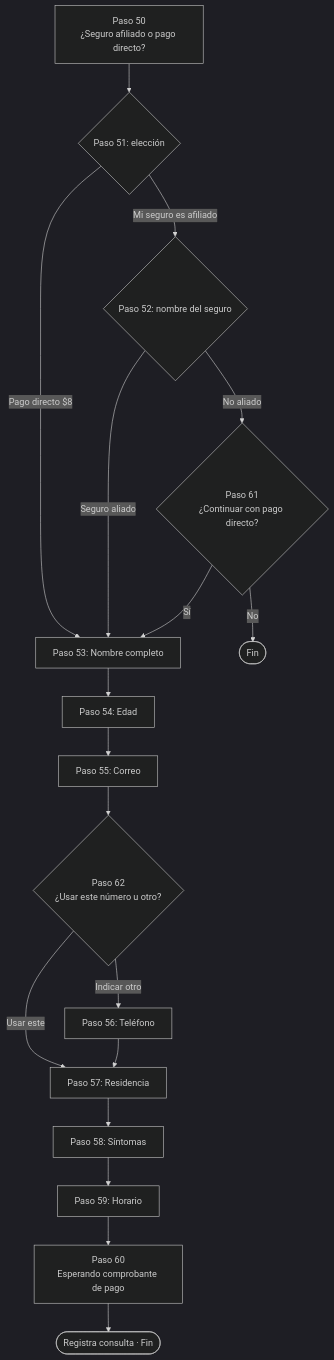
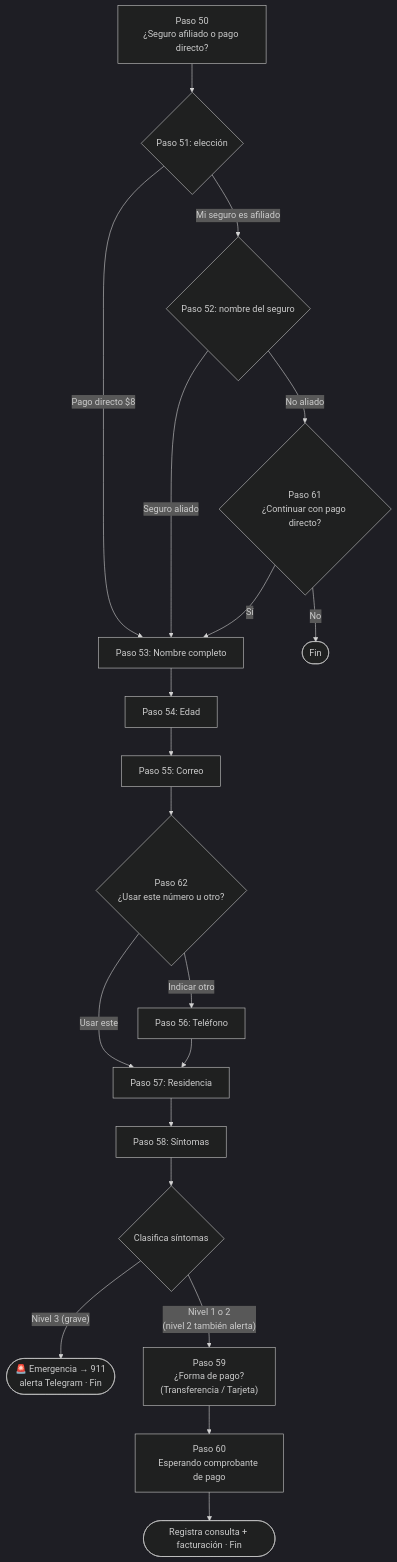
One commit to teledox/teledox changed the third of 8 diagrams in docs/flujos-bot.md. Above: the diagram before and after it, drawn with Mermaid (dark theme). The commit also changed other lines of this file and 18 other files, not shown here.

First line of the commit message:
Add lab follow-up flow, bot test harness, and update flow docs

````diff
--- a/docs/flujos-bot.md
+++ b/docs/flujos-bot.md
@@ -98,19 +112,23 @@
 ```mermaid
 flowchart TD
   P50["Paso 50\n¿Seguro afiliado o pago directo?"] --> P51{"Paso 51: elección"}
   P51 -->|"Mi seguro es afiliado"| P52{"Paso 52: nombre del seguro"}
   P51 -->|"Pago directo $8"| P53["Paso 53: Nombre completo"]
 
   P52 -->|"Seguro aliado"| P53
   P52 -->|"No aliado"| P61{"Paso 61\n¿Continuar con pago directo?"}
   P61 -->|"Sí"| P53
   P61 -->|"No"| FINB([Fin])
 
   P53 --> P54["Paso 54: Edad"] --> P55["Paso 55: Correo"]
   P55 --> P62{"Paso 62\n¿Usar este número u otro?"}
   P62 -->|"Usar este"| P57["Paso 57: Residencia"]
   P62 -->|"Indicar otro"| P56["Paso 56: Teléfono"] --> P57
-  P57 --> P58["Paso 58: Síntomas"] --> P59["Paso 59: Horario"]
+  P57 --> P58["Paso 58: Síntomas"]
+
+  P58 --> NIVb{"Clasifica síntomas"}
+  NIVb -->|"Nivel 3 (grave)"| EMERb([🚨 Emergencia → 911\nalerta Telegram · Fin])
+  NIVb -->|"Nivel 1 o 2\n(nivel 2 también alerta)"| P59["Paso 59\n¿Forma de pago?\n(Transferencia / Tarjeta)"]
   P59 --> P60["Paso 60\nEsperando comprobante de pago"]
-  P60 --> FINB2([Registra consulta · Fin])
+  P60 --> FINB2([Registra consulta + facturación · Fin])
 ```
````
